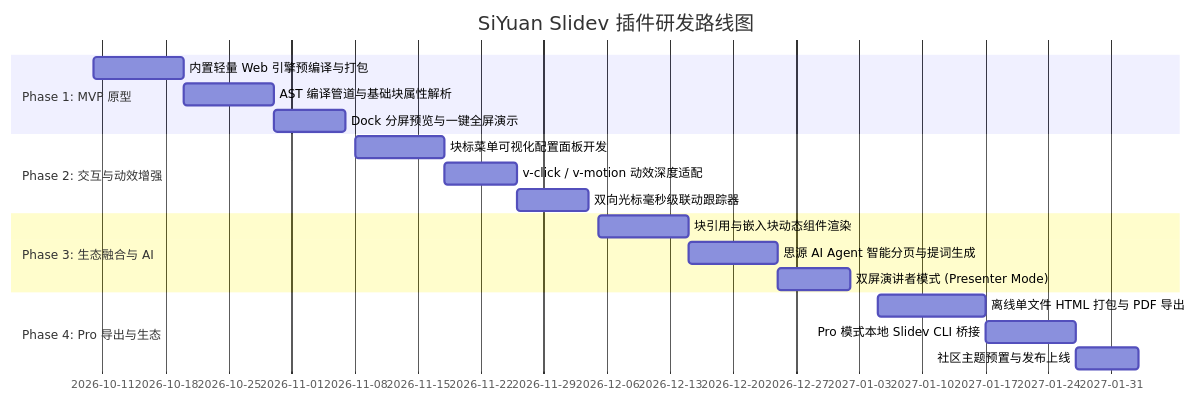
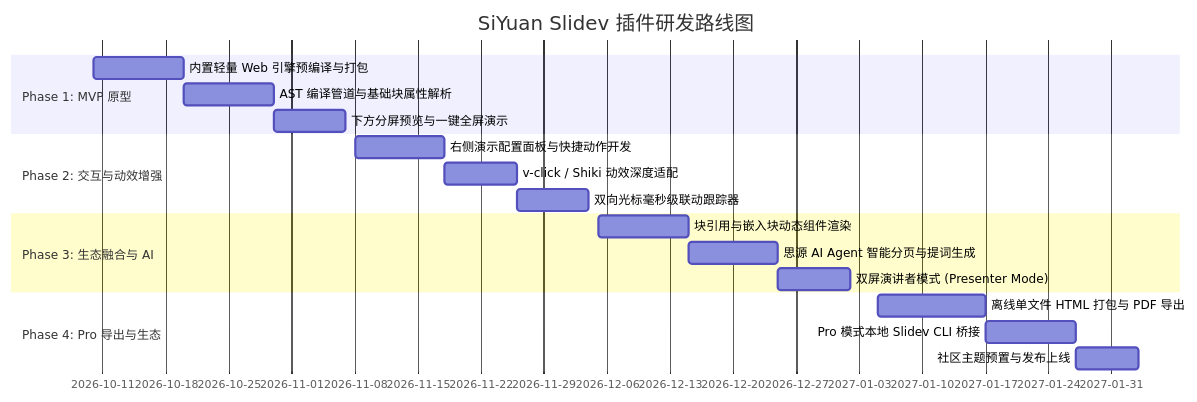
Before and after one commit to famotime/siyuan-live-slides: the third of 3 diagrams in docs/technical-specification-and-roadmap.md, drawn with Mermaid. The commit also changed other lines of this file and 15 other files, not shown here.

````diff
--- a/docs/technical-specification-and-roadmap.md
+++ b/docs/technical-specification-and-roadmap.md
@@ -161,21 +159,21 @@
 ```mermaid
 gantt
     title SiYuan Slidev 插件研发路线图
     dateFormat  YYYY-MM-DD
     section Phase 1: MVP 原型
     内置轻量 Web 引擎预编译与打包       :2026-10-10, 10d
     AST 编译管道与基础块属性解析       :2026-10-20, 10d
-    Dock 分屏预览与一键全屏演示         :2026-10-30, 8d
+    下方分屏预览与一键全屏演示         :2026-10-30, 8d
     section Phase 2: 交互与动效增强
-    块标菜单可视化配置面板开发         :2026-11-08, 10d
-    v-click / v-motion 动效深度适配    :2026-11-18, 8d
+    右侧演示配置面板与快捷动作开发     :2026-11-08, 10d
+    v-click / Shiki 动效深度适配       :2026-11-18, 8d
     双向光标毫秒级联动跟踪器           :2026-11-26, 8d
     section Phase 3: 生态融合与 AI
     块引用与嵌入块动态组件渲染         :2026-12-05, 10d
     思源 AI Agent 智能分页与提词生成    :2026-12-15, 10d
     双屏演讲者模式 (Presenter Mode)   :2026-12-25, 8d
     section Phase 4: Pro 导出与生态
     离线单文件 HTML 打包与 PDF 导出    :2027-01-05, 12d
     Pro 模式本地 Slidev CLI 桥接      :2027-01-17, 10d
     社区主题预置与发布上线             :2027-01-27, 7d
 ```
````
